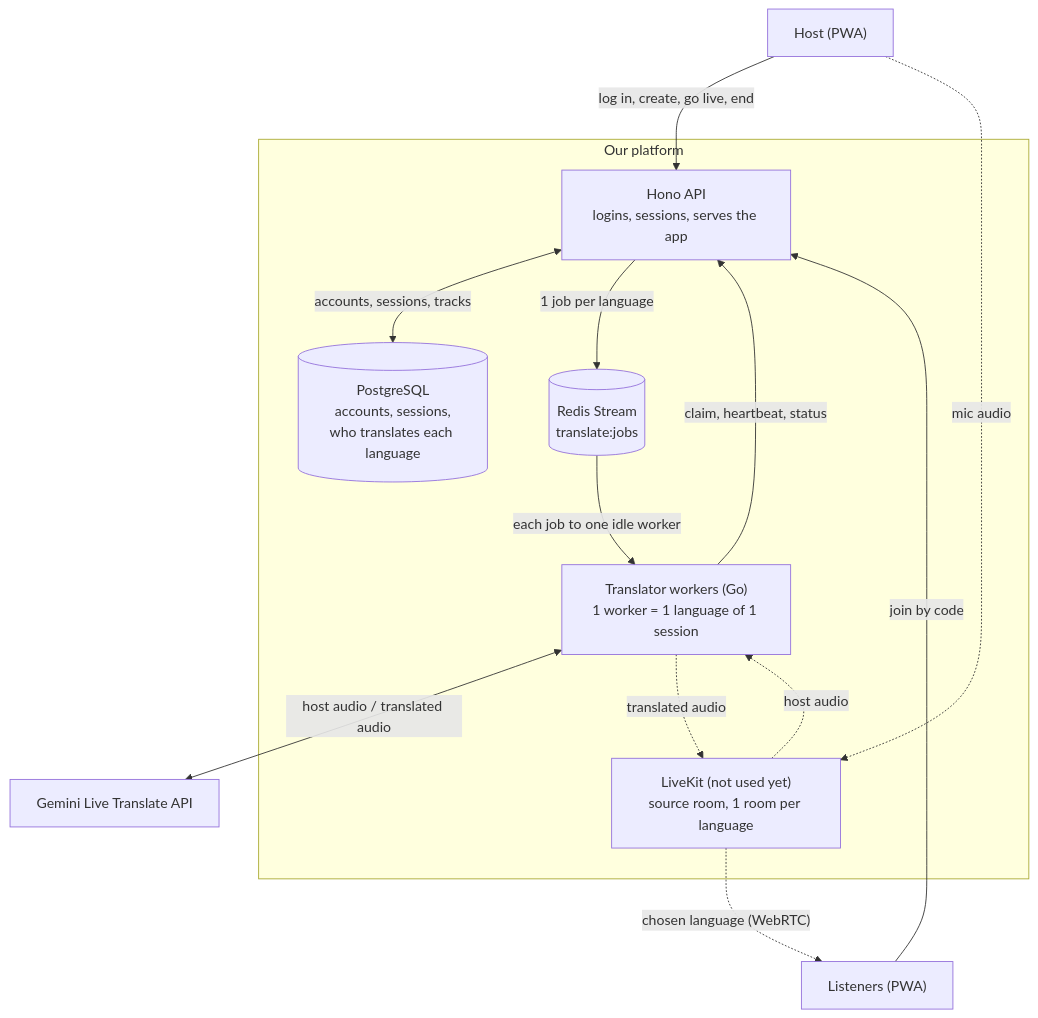
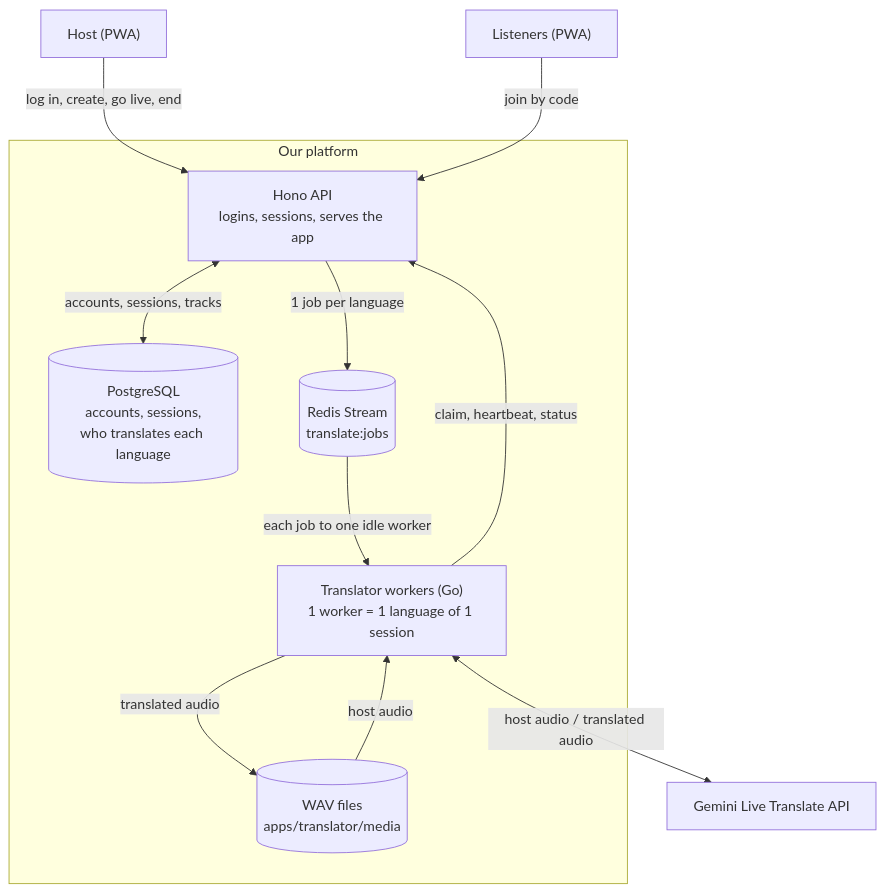
One commit to WH1TE-SHAD0W/ai-dubbing-studio changed the first of 5 diagrams in docs/architecture.md. Above: the diagram before and after it, drawn with Mermaid. The commit also changed other lines of this file and 9 other files, not shown here.

First line of the commit message:
docs: describe what is built, without LiveKit status

````diff
--- a/docs/architecture.md
+++ b/docs/architecture.md
@@ -38,28 +33,26 @@
 ```mermaid
 %%{init: {"flowchart": {"nodeSpacing": 70, "rankSpacing": 70}}}%%
 flowchart TB
   Host["Host (PWA)"]
   Listener["Listeners (PWA)"]
 
   subgraph Platform["Our platform"]
     API["Hono API<br/>logins, sessions, serves the app"]
     DB[("PostgreSQL<br/>accounts, sessions,<br/>who translates each language")]
     Q[("Redis Stream<br/>translate:jobs")]
     W["Translator workers (Go)<br/>1 worker = 1 language of 1 session"]
-    SFU["LiveKit (not used yet)<br/>source room, 1 room per language"]
+    Files[("WAV files<br/>apps/translator/media")]
   end
 
   Gemini["Gemini Live Translate API"]
 
   Host -- "log in, create, go live, end" --> API
   Listener -- "join by code" --> API
   API <-- "accounts, sessions, tracks" --> DB
   API -- "1 job per language" --> Q
   Q -- "each job to one idle worker" --> W
   W -- "claim, heartbeat, status" --> API
   W <-- "host audio / translated audio" --> Gemini
-  Host -. "mic audio" .-> SFU
-  SFU -. "host audio" .-> W
-  W -. "translated audio" .-> SFU
-  SFU -. "chosen language (WebRTC)" .-> Listener
+  Files -- "host audio" --> W
+  W -- "translated audio" --> Files
 ```
````
